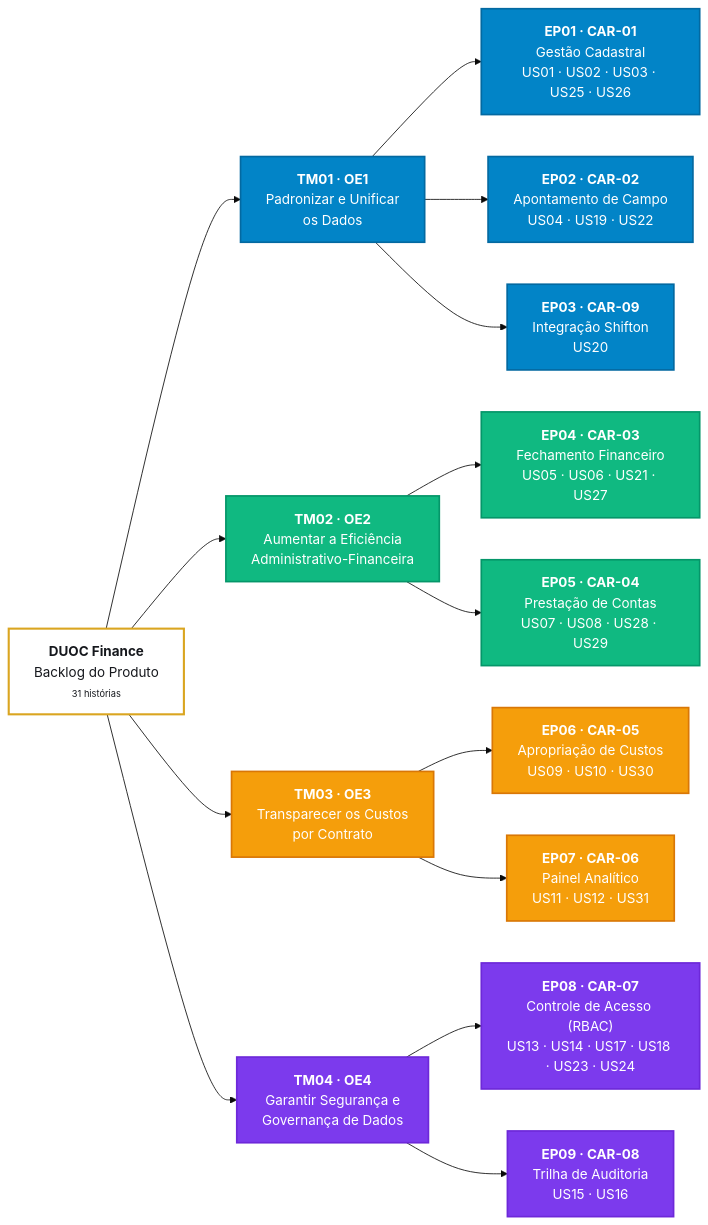
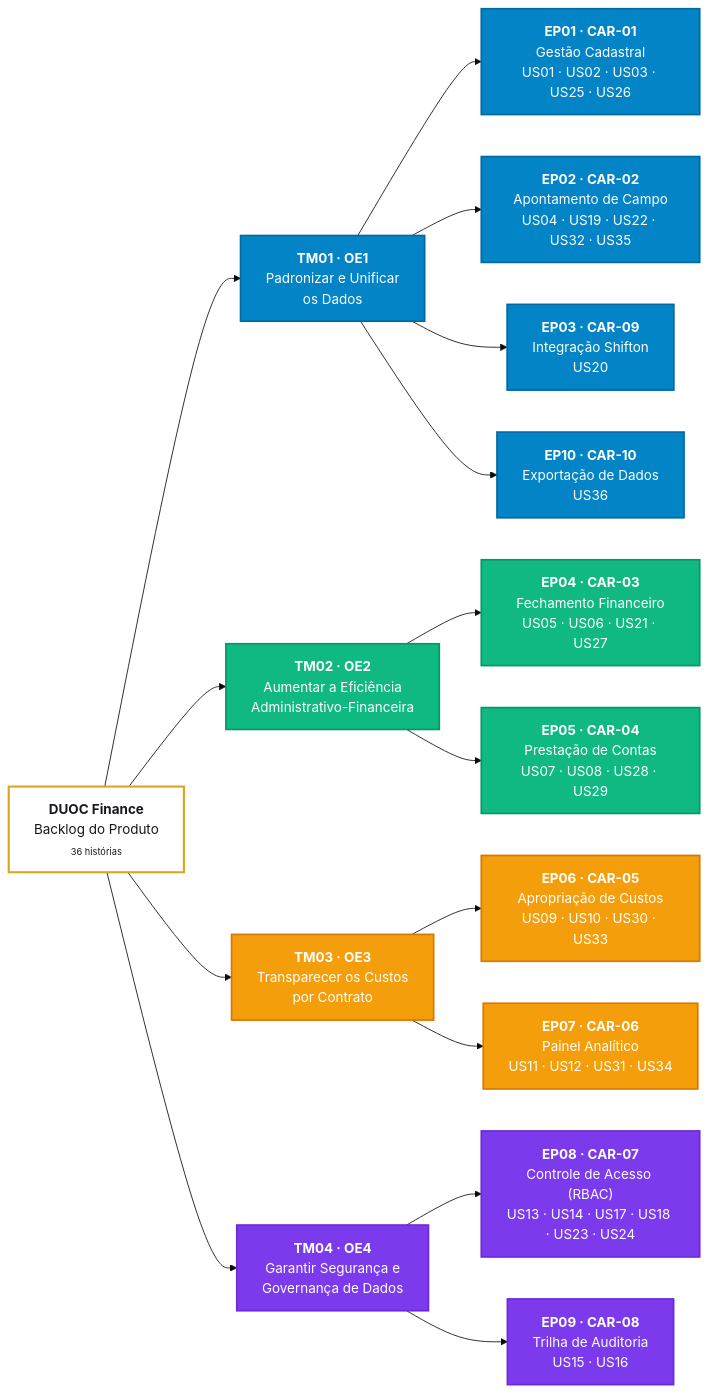
One commit to mdsreq-fga-unb/REQ-2026.2-T01-DUOC-Finance changed the first of 2 diagrams in docs/backlog/index.md. Above: the diagram before and after it, drawn with Mermaid (base theme). The commit also changed other lines of this file and 4 other files, not shown here.

````diff
--- a/docs/backlog/index.md
+++ b/docs/backlog/index.md
@@ -17,37 +17,38 @@
 ```mermaid
 flowchart LR
-    PROD["<b style='color:#16181d;'>DUOC Finance</b><br><span style='color:#334155;'>Backlog do Produto</span><br><span style='color:#64748b; font-size:11px;'>31 histórias</span>"]
+    PROD["<b style='color:#16181d;'>DUOC Finance</b><br><span style='color:#334155;'>Backlog do Produto</span><br><span style='color:#64748b; font-size:11px;'>36 histórias</span>"]
 
     TM01["<b>TM01 · OE1</b><br>Padronizar e Unificar<br>os Dados"]
     TM02["<b>TM02 · OE2</b><br>Aumentar a Eficiência<br>Administrativo-Financeira"]
     TM03["<b>TM03 · OE3</b><br>Transparecer os Custos<br>por Contrato"]
     TM04["<b>TM04 · OE4</b><br>Garantir Segurança e<br>Governança de Dados"]
 
     EP01["<b>EP01 · CAR-01</b><br>Gestão Cadastral<br>US01 · US02 · US03 · US25 · US26"]
-    EP02["<b>EP02 · CAR-02</b><br>Apontamento de Campo<br>US04 · US19 · US22"]
+    EP02["<b>EP02 · CAR-02</b><br>Apontamento de Campo<br>US04 · US19 · US22 · US32 · US35"]
     EP03["<b>EP03 · CAR-09</b><br>Integração Shifton<br>US20"]
     EP04["<b>EP04 · CAR-03</b><br>Fechamento Financeiro<br>US05 · US06 · US21 · US27"]
     EP05["<b>EP05 · CAR-04</b><br>Prestação de Contas<br>US07 · US08 · US28 · US29"]
-    EP06["<b>EP06 · CAR-05</b><br>Apropriação de Custos<br>US09 · US10 · US30"]
-    EP07["<b>EP07 · CAR-06</b><br>Painel Analítico<br>US11 · US12 · US31"]
+    EP06["<b>EP06 · CAR-05</b><br>Apropriação de Custos<br>US09 · US10 · US30 · US33"]
+    EP07["<b>EP07 · CAR-06</b><br>Painel Analítico<br>US11 · US12 · US31 · US34"]
     EP08["<b>EP08 · CAR-07</b><br>Controle de Acesso (RBAC)<br>US13 · US14 · US17 · US18 · US23 · US24"]
     EP09["<b>EP09 · CAR-08</b><br>Trilha de Auditoria<br>US15 · US16"]
+    EP10["<b>EP10 · CAR-10</b><br>Exportação de Dados<br>US36"]
 
     PROD --> TM01 & TM02 & TM03 & TM04
-    TM01 --> EP01 & EP02 & EP03
+    TM01 --> EP01 & EP02 & EP03 & EP10
     TM02 --> EP04 & EP05
     TM03 --> EP06 & EP07
     TM04 --> EP08 & EP09
 
     classDef prodClass fill:#ffffff,stroke:#DAA520,stroke-width:2.5px,color:#16181d;
     classDef oe1Class fill:#0284c7,stroke:#0369a1,stroke-width:2px,color:#ffffff;
     classDef oe2Class fill:#10b981,stroke:#059669,stroke-width:2px,color:#ffffff;
     classDef oe3Class fill:#f59e0b,stroke:#d97706,stroke-width:2px,color:#ffffff;
     classDef oe4Class fill:#7c3aed,stroke:#6d28d9,stroke-width:2px,color:#ffffff;
 
     class PROD prodClass;
-    class TM01,EP01,EP02,EP03 oe1Class;
+    class TM01,EP01,EP02,EP03,EP10 oe1Class;
     class TM02,EP04,EP05 oe2Class;
     class TM03,EP06,EP07 oe3Class;
     class TM04,EP08,EP09 oe4Class;
 ```
````
